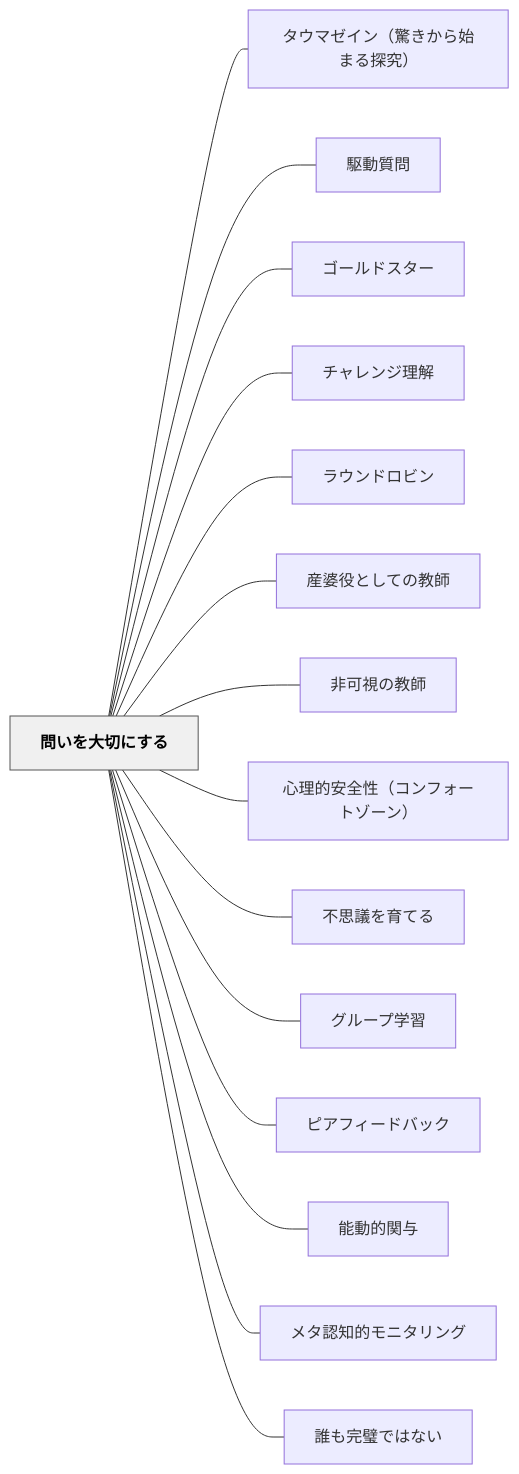
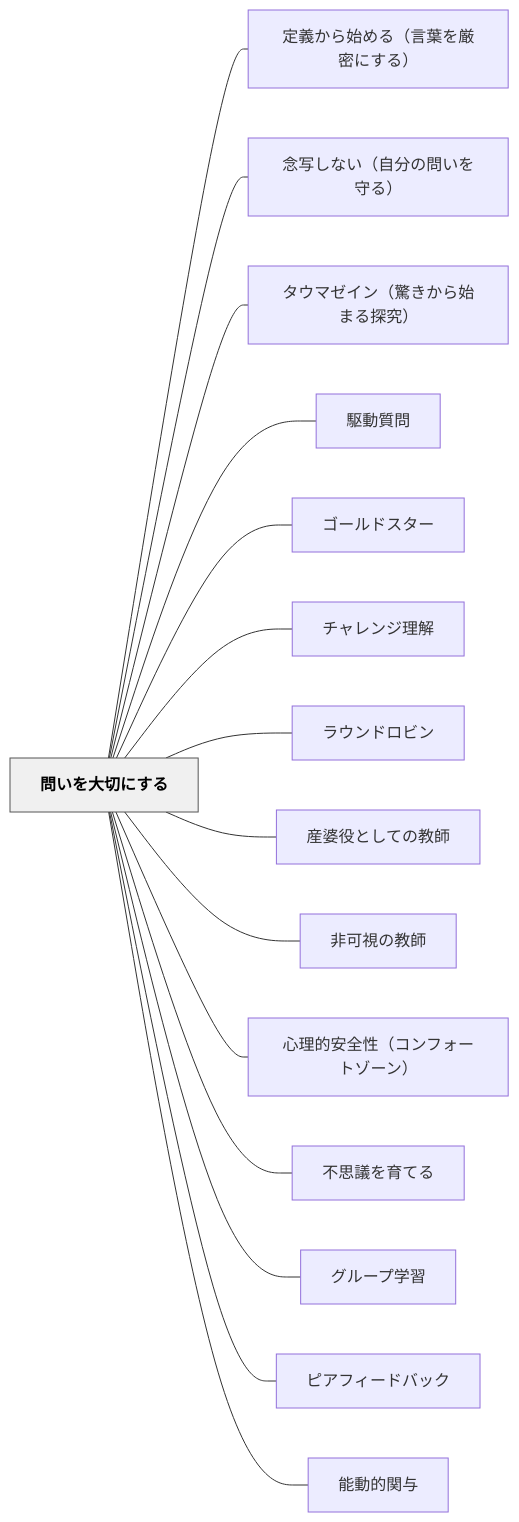
One commit to unknownthings-ed-patterns/unknownthings-ed-patterns changed the diagram in content/パタン/問いを大切にする.md. Above: the diagram before and after it, drawn with Mermaid. The commit also changed other lines of this file and 185 other files, not shown here.

````diff
--- a/content/パタン/問いを大切にする.md
+++ b/content/パタン/問いを大切にする.md
@@ -88,36 +90,36 @@
 ```mermaid
 flowchart LR
     ne5958fe38184e38292e5a4a7e58887e381abe38199e3828b["問いを大切にする"]
+    ne5ae9ae7bea9e3818be38289e5a78be38281e3828befbc88e8a880e89189e38292e58eb3e5af86e381abe38199e3828befbc89["定義から始める（言葉を厳密にする）"]
+    ne5bfb5e58699e38197e381aae38184efbc88e887aae58886e381aee5958fe38184e38292e5ae88e3828befbc89["念写しない（自分の問いを守る）"]
     ne382bfe382a6e3839ee382bce382a4e383b3efbc88e9a99ae3818de3818be38289e5a78be381bee3828be68ea2e7a9b6efbc89["タウマゼイン（驚きから始まる探究）"]
     ne9a786e58b95e8b3aae5958f["駆動質問"]
     ne382b4e383bce383abe38389e382b9e382bfe383bc["ゴールドスター"]
     ne38381e383a3e383ace383b3e382b8e79086e8a7a3["チャレンジ理解"]
     ne383a9e382a6e383b3e38389e383ade38393e383b3["ラウンドロビン"]
     ne794a3e5a986e5bdb9e381a8e38197e381a6e381aee69599e5b8ab["産婆役としての教師"]
     ne99d9ee58fafe8a696e381aee69599e5b8ab["非可視の教師"]
     ne5bf83e79086e79a84e5ae89e585a8e680a7efbc88e382b3e383b3e38395e382a9e383bce38388e382bee383bce383b3efbc89["心理的安全性（コンフォートゾーン）"]
     ne4b88de6809de8adb0e38292e882b2e381a6e3828b["不思議を育てる"]
     ne382b0e383abe383bce38397e5ada6e7bf92["グループ学習"]
     ne38394e382a2e38395e382a3e383bce38389e38390e38383e382af["ピアフィードバック"]
     ne883bde58b95e79a84e996a2e4b88e["能動的関与"]
-    ne383a1e382bfe8aa8de79fa5e79a84e383a2e3838be382bfe383aae383b3e382b0["メタ認知的モニタリング"]
-    ne8aab0e38282e5ae8ce792a7e381a7e381afe381aae38184["誰も完璧ではない"]
 
+    ne5958fe38184e38292e5a4a7e58887e381abe38199e3828b --- ne5ae9ae7bea9e3818be38289e5a78be38281e3828befbc88e8a880e89189e38292e58eb3e5af86e381abe38199e3828befbc89
+    ne5958fe38184e38292e5a4a7e58887e381abe38199e3828b --- ne5bfb5e58699e38197e381aae38184efbc88e887aae58886e381aee5958fe38184e38292e5ae88e3828befbc89
     ne5958fe38184e38292e5a4a7e58887e381abe38199e3828b --- ne382bfe382a6e3839ee382bce382a4e383b3efbc88e9a99ae3818de3818be38289e5a78be381bee3828be68ea2e7a9b6efbc89
     ne5958fe38184e38292e5a4a7e58887e381abe38199e3828b --- ne9a786e58b95e8b3aae5958f
     ne5958fe38184e38292e5a4a7e58887e381abe38199e3828b --- ne382b4e383bce383abe38389e382b9e382bfe383bc
     ne5958fe38184e38292e5a4a7e58887e381abe38199e3828b --- ne38381e383a3e383ace383b3e382b8e79086e8a7a3
     ne5958fe38184e38292e5a4a7e58887e381abe38199e3828b --- ne383a9e382a6e383b3e38389e383ade38393e383b3
     ne5958fe38184e38292e5a4a7e58887e381abe38199e3828b --- ne794a3e5a986e5bdb9e381a8e38197e381a6e381aee69599e5b8ab
     ne5958fe38184e38292e5a4a7e58887e381abe38199e3828b --- ne99d9ee58fafe8a696e381aee69599e5b8ab
     ne5958fe38184e38292e5a4a7e58887e381abe38199e3828b --- ne5bf83e79086e79a84e5ae89e585a8e680a7efbc88e382b3e383b3e38395e382a9e383bce38388e382bee383bce383b3efbc89
     ne5958fe38184e38292e5a4a7e58887e381abe38199e3828b --- ne4b88de6809de8adb0e38292e882b2e381a6e3828b
     ne5958fe38184e38292e5a4a7e58887e381abe38199e3828b --- ne382b0e383abe383bce38397e5ada6e7bf92
     ne5958fe38184e38292e5a4a7e58887e381abe38199e3828b --- ne38394e382a2e38395e382a3e383bce38389e38390e38383e382af
     ne5958fe38184e38292e5a4a7e58887e381abe38199e3828b --- ne883bde58b95e79a84e996a2e4b88e
-    ne5958fe38184e38292e5a4a7e58887e381abe38199e3828b --- ne383a1e382bfe8aa8de79fa5e79a84e383a2e3838be382bfe383aae383b3e382b0
-    ne5958fe38184e38292e5a4a7e58887e381abe38199e3828b --- ne8aab0e38282e5ae8ce792a7e381a7e381afe381aae38184
 
     classDef hub fill:#f0f0f0,stroke:#555,color:#000,font-weight:bold
     class ne5958fe38184e38292e5a4a7e58887e381abe38199e3828b hub
 ```
````
